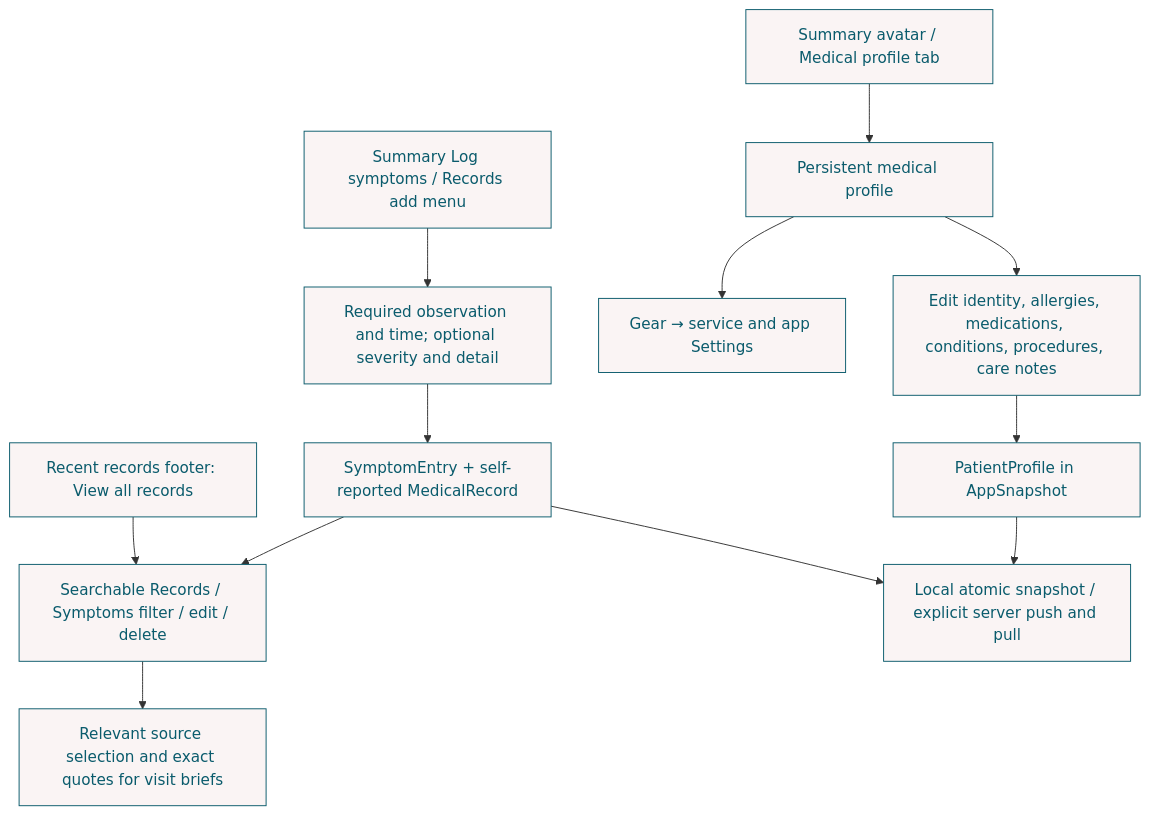
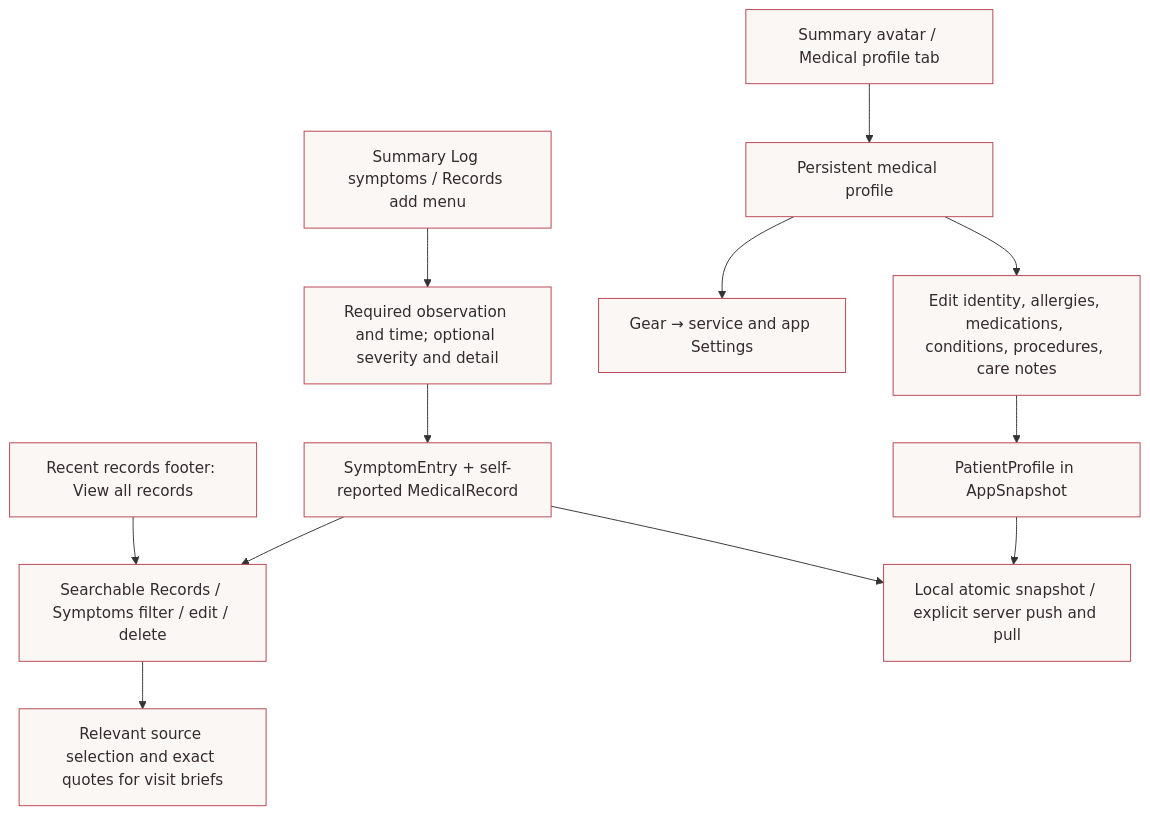
The third of 6 diagrams in docs/architecture.md (Siddiqui-R/2026_ricehackathon_medicine), drawn with Mermaid before and after one commit. The commit also changed other lines of this file and 12 other files, not shown here.

````diff
--- a/docs/architecture.md
+++ b/docs/architecture.md
@@ -110,16 +124,16 @@
 ```mermaid
 flowchart TD
     AVATAR["Summary avatar / Medical profile tab"] --> PROFILE["Persistent medical profile"]
     PROFILE --> EDIT["Edit identity, allergies, medications, conditions, procedures, care notes"]
     EDIT --> PATIENT["PatientProfile in AppSnapshot"]
     PROFILE --> SETTINGS["Gear → service and app Settings"]
     LOG["Summary Log symptoms / Records add menu"] --> FORM["Required observation and time; optional severity and detail"]
     FORM --> ENTRY["SymptomEntry + self-reported MedicalRecord"]
     ENTRY --> RECORDS["Searchable Records / Symptoms filter / edit / delete"]
     RECORDS --> PREP["Relevant source selection and exact quotes for visit briefs"]
     PATIENT --> JSON["Local atomic snapshot / explicit server push and pull"]
     ENTRY --> JSON
     ALL["Recent records footer: View all records"] --> RECORDS
-    classDef reva fill:#FAF4F4,stroke:#0A5B6C,color:#0A5B6C;
+    classDef reva fill:#FBF7F5,stroke:#B84250,color:#342B2C;
     class AVATAR,PROFILE,EDIT,PATIENT,SETTINGS,LOG,FORM,ENTRY,RECORDS,PREP,JSON,ALL reva;
 ```
````
